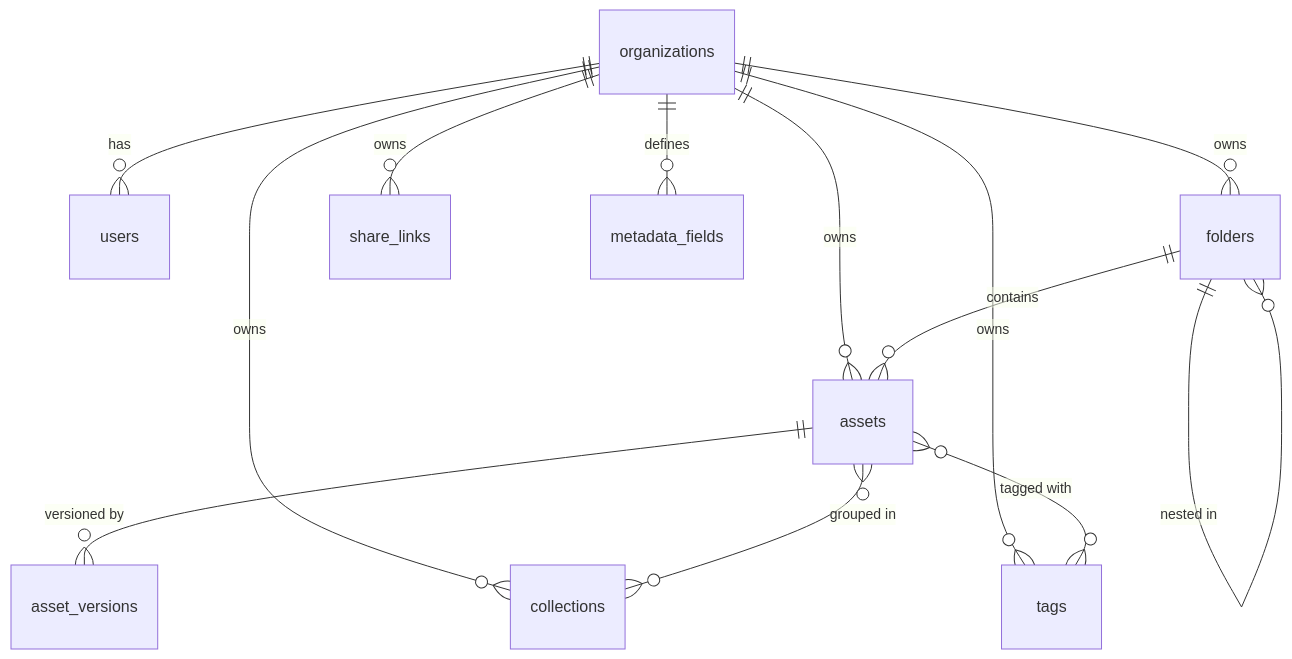
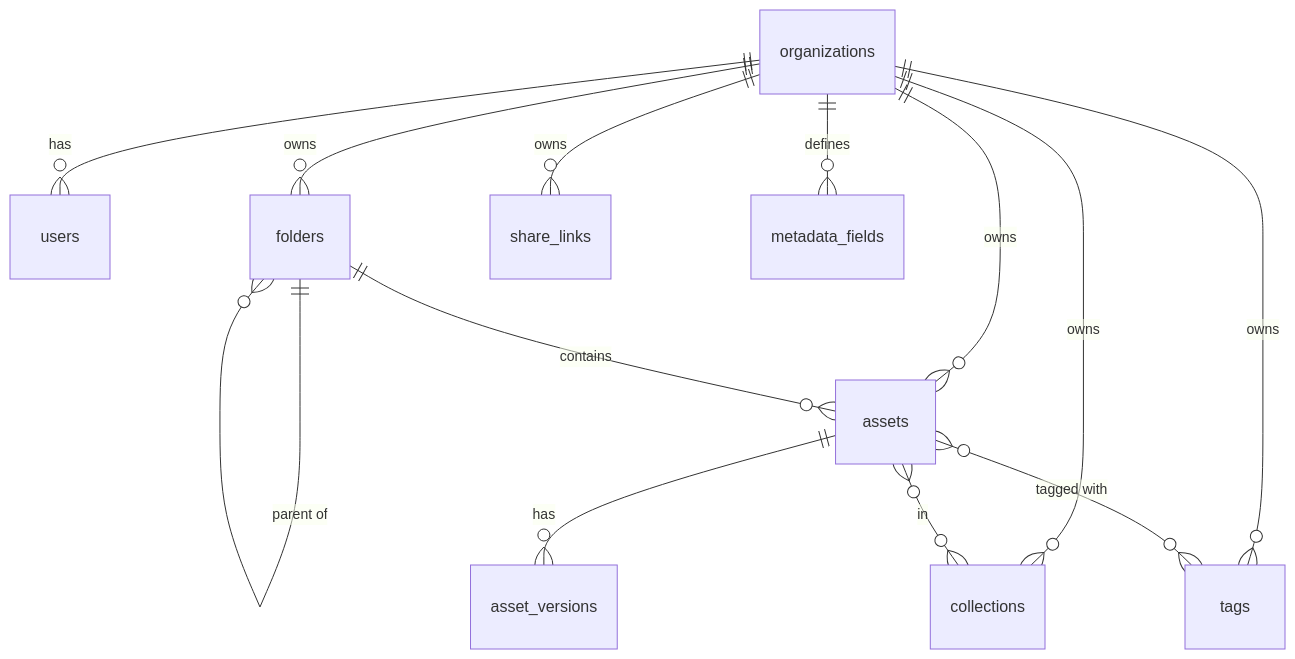
One commit to Tech-Shadow21/dam_system changed the diagram in README.md. Above: the diagram before and after it, drawn with Mermaid. The commit also changed other lines of this file and 2 other files, not shown here.

````diff
--- a/README.md
+++ b/README.md
@@ -185,15 +142,15 @@
 ```mermaid
 erDiagram
-    organizations ||--o{ users : "has"
-    organizations ||--o{ folders : "owns"
-    organizations ||--o{ collections : "owns"
-    organizations ||--o{ assets : "owns"
-    organizations ||--o{ tags : "owns"
-    organizations ||--o{ share_links : "owns"
-    organizations ||--o{ metadata_fields : "defines"
-    folders ||--o{ assets : "contains"
-    folders ||--o{ folders : "nested in"
-    assets ||--o{ asset_versions : "versioned by"
-    assets }o--o{ collections : "grouped in"
+    organizations ||--o{ users : has
+    organizations ||--o{ folders : owns
+    organizations ||--o{ collections : owns
+    organizations ||--o{ assets : owns
+    organizations ||--o{ tags : owns
+    organizations ||--o{ share_links : owns
+    organizations ||--o{ metadata_fields : defines
+    folders ||--o{ folders : "parent of"
+    folders ||--o{ assets : contains
+    assets ||--o{ asset_versions : has
+    assets }o--o{ collections : "in"
     assets }o--o{ tags : "tagged with"
 ```
````
